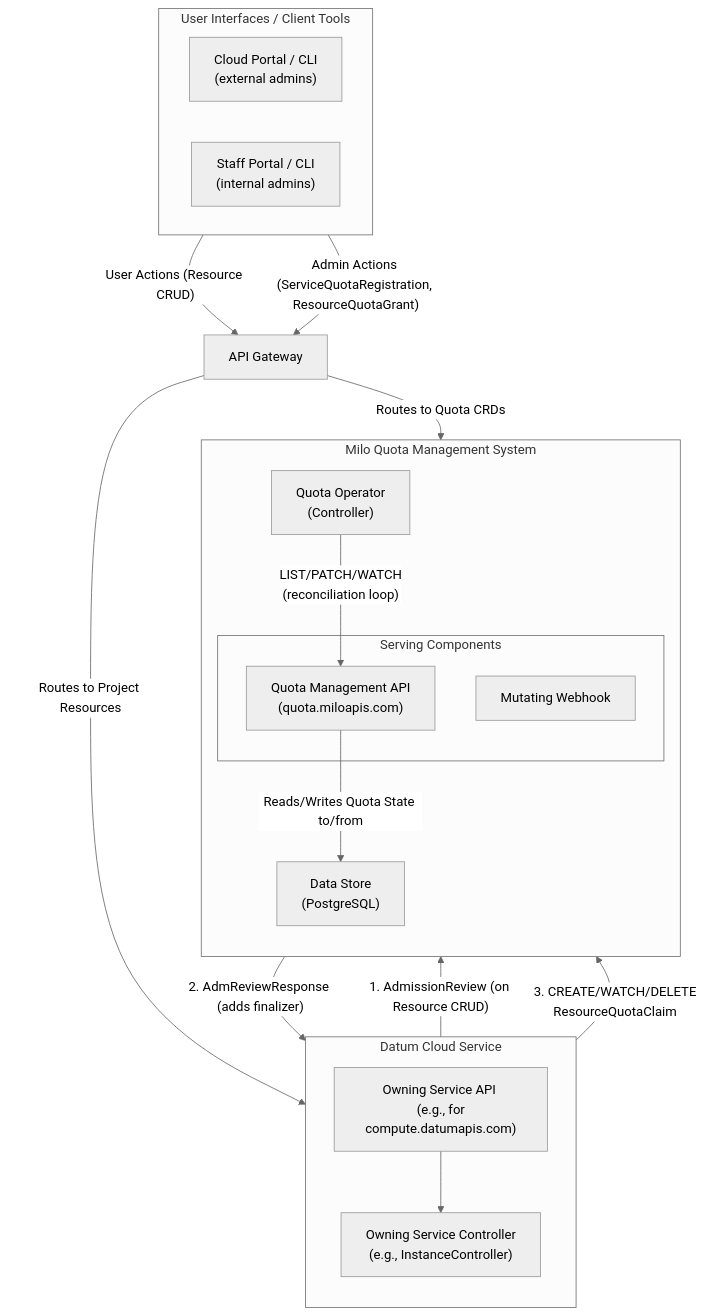
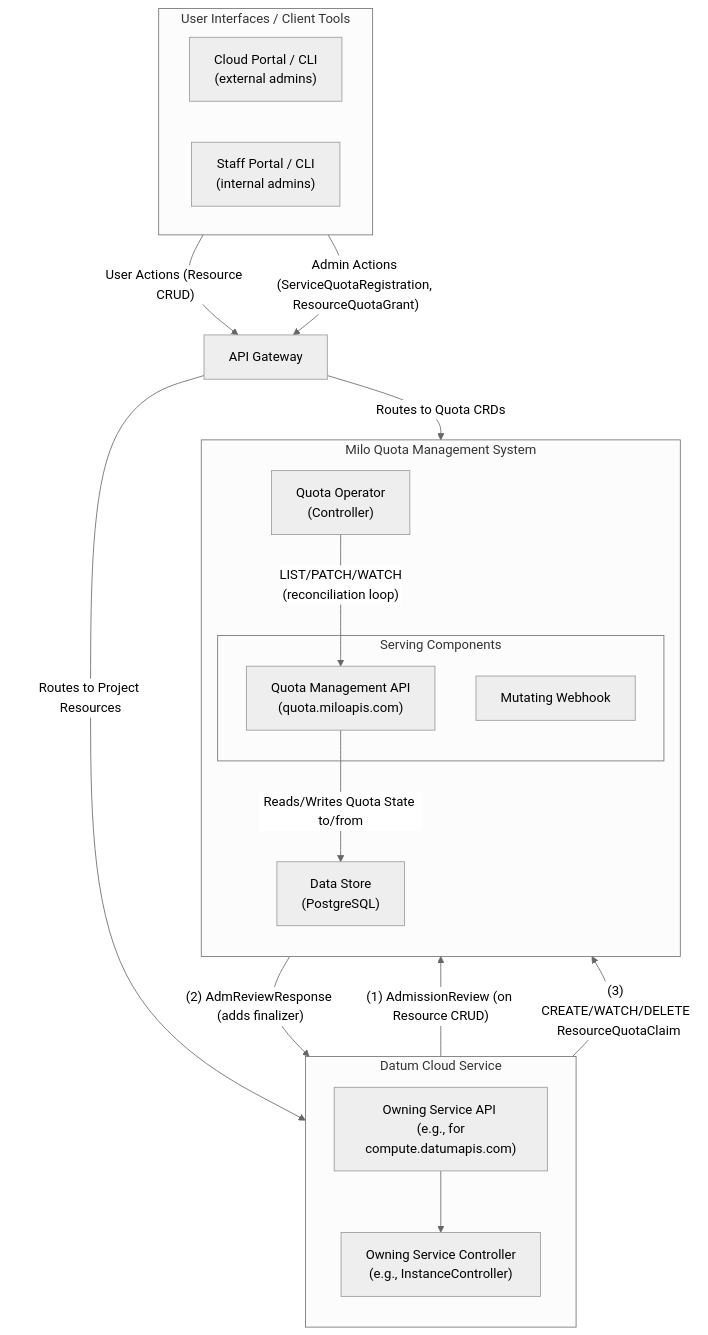
Before and after one commit to datum-cloud/enhancements: the second of 6 diagrams in enhancements/platform/quota-management/README.md, drawn with Mermaid (neutral theme).

Commit message:
fix(quota): fixes mermaid diagram syntax issue

````diff
--- a/enhancements/platform/quota-management/README.md
+++ b/enhancements/platform/quota-management/README.md
@@ -1237,48 +1237,48 @@
 ```mermaid
 %% C2 - Container Diagram: Milo Quota Management System & Interactions
 flowchart TD
     subgraph UserInterfaces ["User Interfaces / Client Tools"]
         direction LR
         PortalCLI["Cloud Portal / CLI <br/> (external admins)"]
         DatumAdminTools["Staff Portal / CLI <br/> (internal admins)"]
     end
 
     APIGateway["API Gateway"]
 
     subgraph OwningServiceInfra ["Datum Cloud Service"]
         direction TB
         OwningServiceAPI["Owning Service API <br/> (e.g., for compute.datumapis.com)"]
         OwningServiceController["Owning Service Controller <br/> (e.g., InstanceController)"]
 
         OwningServiceAPI --> OwningServiceController
     end
 
     subgraph CentralQuotaInfra ["Milo Quota Management System"]
         direction TB
         subgraph QuotaSvc ["Serving Components"]
             QuotaMgmtAPI["Quota Management API <br/> (quota.miloapis.com)"]
             MiloMutatingWebhook["Mutating Webhook"]
         end
         QuotaOperator["Quota Operator <br/> (Controller)"]
         Database["Data Store <br/> (PostgreSQL)"]
 
         QuotaMgmtAPI -- "Reads/Writes Quota State to/from" --> Database
         QuotaOperator -- "LIST/PATCH/WATCH <br/> (reconciliation loop)" --> QuotaMgmtAPI
     end
 
 
     %% User/Admin Request Flows via API Gateway
     PortalCLI -- "User Actions (Resource CRUD)" --> APIGateway
     DatumAdminTools -- "Admin Actions (ServiceQuotaRegistration, ResourceQuotaGrant)" --> APIGateway
 
     APIGateway -- "Routes to Project Resources" --> OwningServiceAPI
     APIGateway -- "Routes to Quota CRDs" --> QuotaMgmtAPI
 
 
     %% Admission Control Flow
-    OwningServiceAPI -- "1. AdmissionReview (on Resource CRUD)" --> MiloMutatingWebhook
-    MiloMutatingWebhook -- "2. AdmReviewResponse (adds finalizer)" --> OwningServiceAPI
+    OwningServiceAPI -- "(1) AdmissionReview (on Resource CRUD)" --> MiloMutatingWebhook
+    MiloMutatingWebhook -- "(2) AdmReviewResponse (adds finalizer)" --> OwningServiceAPI
 
     %% Owning Service Controller creating claims with Central Quota Service
-    OwningServiceController -- "3. CREATE/WATCH/DELETE <br/> ResourceQuotaClaim" --> QuotaMgmtAPI
+    OwningServiceController -- "(3) CREATE/WATCH/DELETE <br/> ResourceQuotaClaim" --> QuotaMgmtAPI
 ```
````
